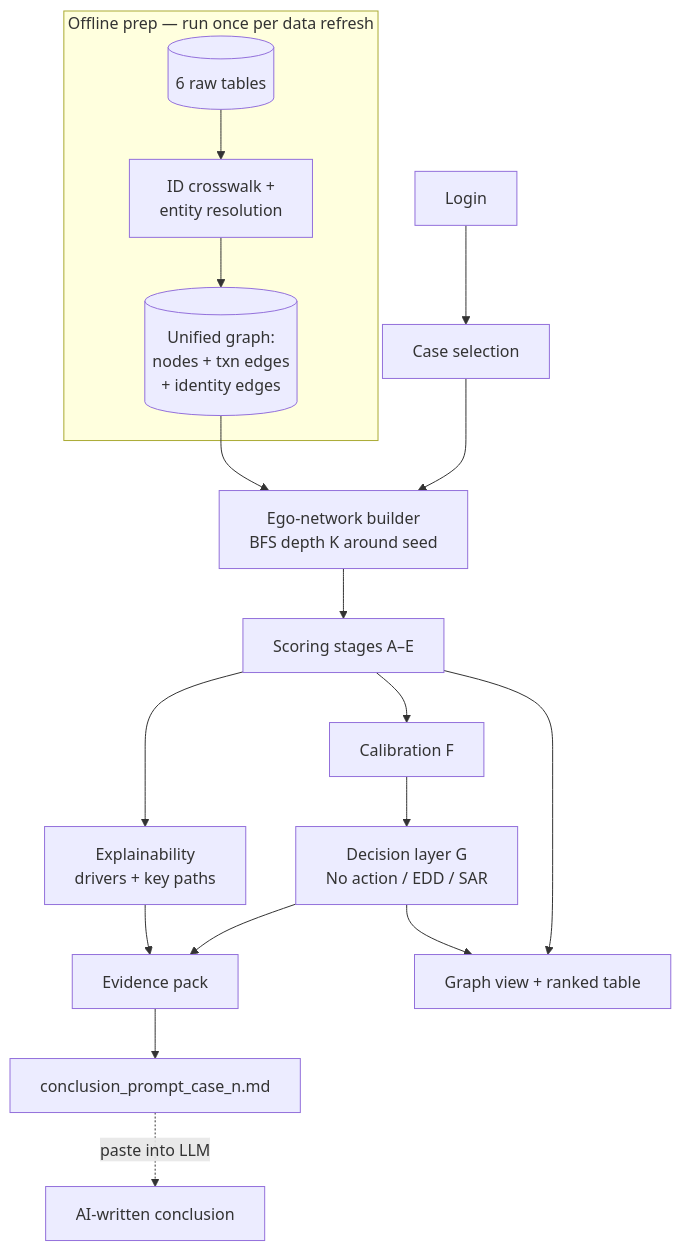
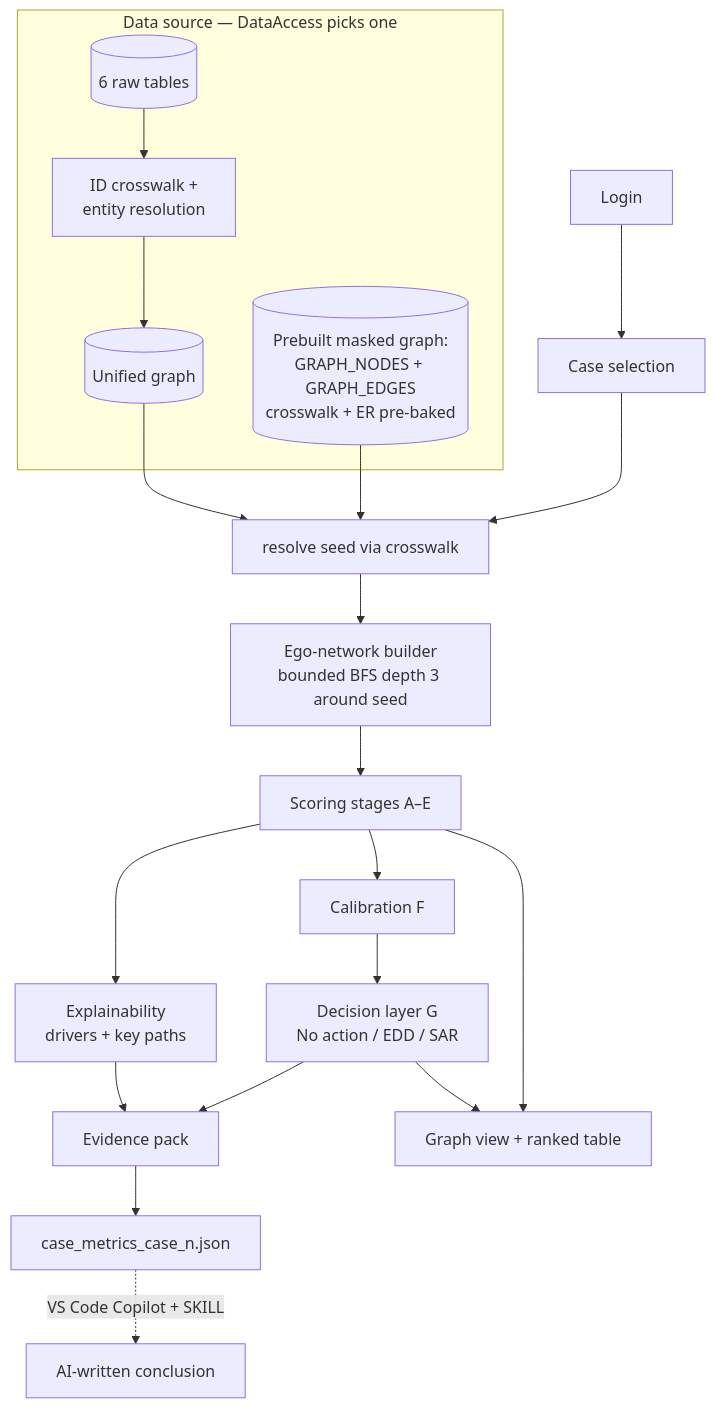
One commit to jos314/network-intelligence-recommendation-engine changed the diagram in docs/ARCHITECTURE.md. Above: the diagram before and after it, drawn with Mermaid. The commit also changed other lines of this file and 3 other files, not shown here.

````diff
--- a/docs/ARCHITECTURE.md
+++ b/docs/ARCHITECTURE.md
@@ -28,20 +36,22 @@
 ```mermaid
 flowchart TD
-    subgraph OFFLINE [Offline prep — run once per data refresh]
-        T[(6 raw tables)] --> XW[ID crosswalk +\nentity resolution]
-        XW --> G[(Unified graph:\nnodes + txn edges\n+ identity edges)]
+    subgraph SRC [Data source — DataAccess picks one]
+        PB[(Prebuilt masked graph:\nGRAPH_NODES + GRAPH_EDGES\ncrosswalk + ER pre-baked)]
+        RAW[(6 raw tables)] --> XW[ID crosswalk +\nentity resolution] --> BLD[(Unified graph)]
     end
     L[Login] --> C[Case selection]
-    C --> E[Ego-network builder\nBFS depth K around seed]
-    G --> E
+    C --> R[resolve seed via crosswalk]
+    PB --> R
+    BLD --> R
+    R --> E[Ego-network builder\nbounded BFS depth 3 around seed]
     E --> S[Scoring stages A–E]
     S --> F[Calibration F]
     F --> D[Decision layer G\nNo action / EDD / SAR]
     S --> X[Explainability\ndrivers + key paths]
     D --> EV[Evidence pack]
     X --> EV
-    EV --> P[conclusion_prompt_case_n.md]
-    P -.paste into LLM.-> CC[AI-written conclusion]
+    EV --> P[case_metrics_case_n.json]
+    P -.VS Code Copilot + SKILL.-> CC[AI-written conclusion]
     S --> V[Graph view + ranked table]
     D --> V
 ```
````
